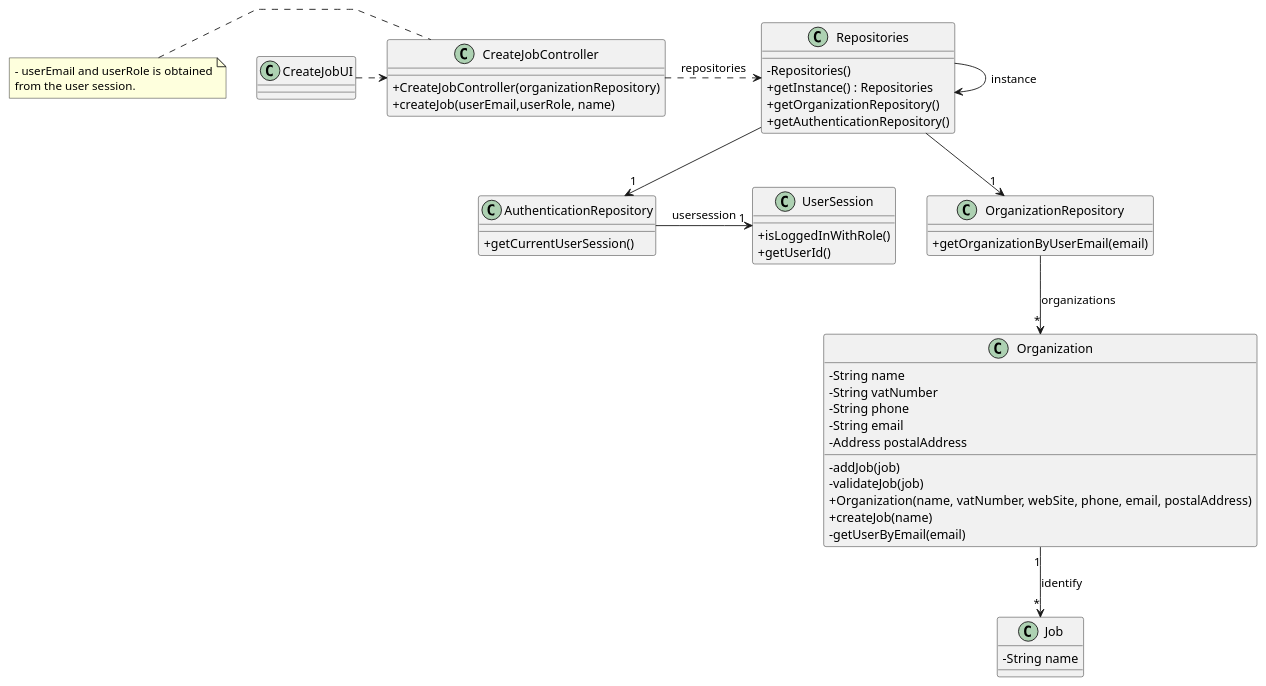
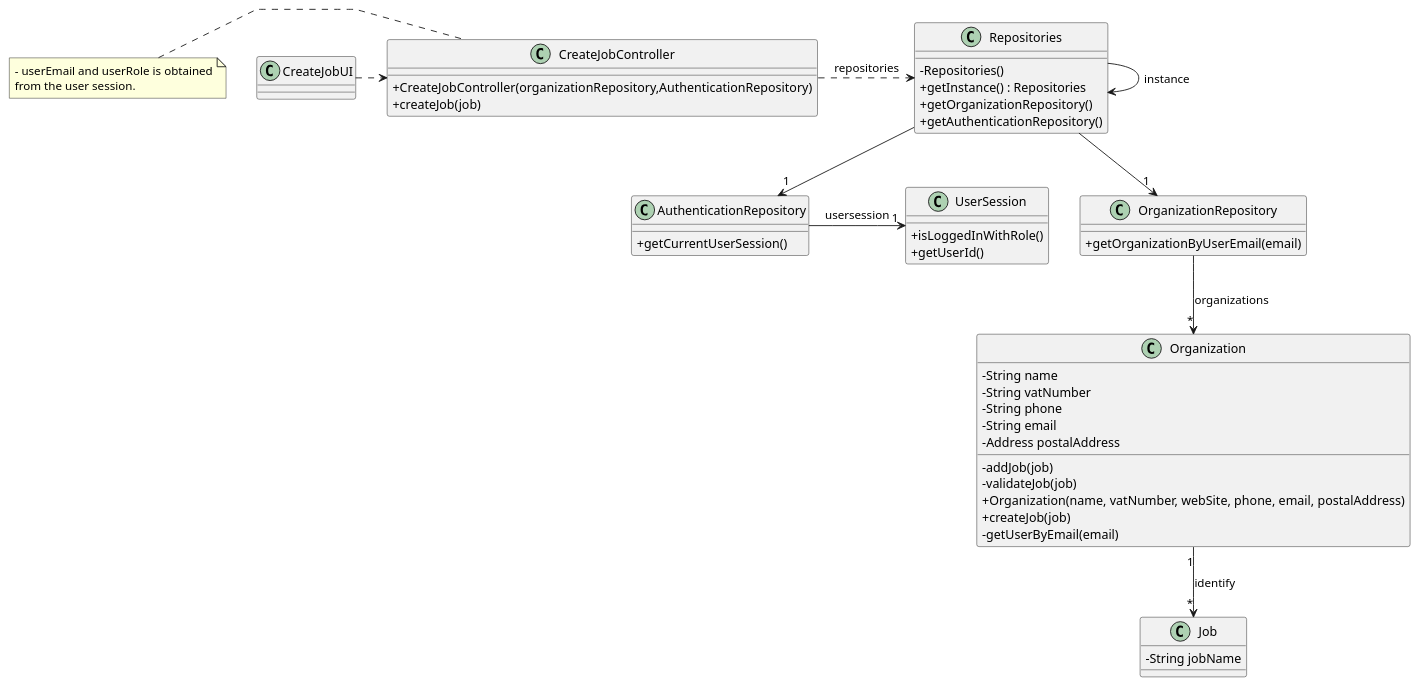
Before and after one commit to Mendoncaa/LAPR2: the diagram in docs/sprintB/us002/03.design/puml/us002-class-diagram.puml, drawn with PlantUML. The commit also changed 34 other files, not shown here.

```diff
--- a/docs/sprintB/us002/03.design/puml/us002-class-diagram.puml
+++ b/docs/sprintB/us002/03.design/puml/us002-class-diagram.puml
@@ -1,83 +1,83 @@
 @startuml
 'skinparam monochrome true
 skinparam packageStyle rectangle
 skinparam shadowing false
 skinparam linetype polyline
 'skinparam linetype orto
 
 skinparam classAttributeIconSize 0
 
 'left to right direction
 
 class AuthenticationRepository
 {
     + getCurrentUserSession()
 }
 
 class UserSession
 {
     + isLoggedInWithRole()
     + getUserId()
 }
 
 
 
 class Job {
-    - String name
+    - String jobName
 }
 
 
 
 class Organization {
     - String name
     - String vatNumber
     - String phone
     - String email
     - Address postalAddress
     - addJob(job)
     - validateJob(job)
     + Organization(name, vatNumber, webSite, phone, email, postalAddress)
-    + createJob(name)
+    + createJob(job)
     - getUserByEmail(email)
 
 }
 
 
 class OrganizationRepository {
     + getOrganizationByUserEmail(email)
 }
 
 class Repositories {
     - Repositories()
     + getInstance() : Repositories
     + getOrganizationRepository()
     + getAuthenticationRepository()
 }
 
 class CreateJobController {
-    + CreateJobController(organizationRepository)
-    + createJob(userEmail,userRole, name)
+    + CreateJobController(organizationRepository,AuthenticationRepository)
+    + createJob(job)
 
 }
 
 note left of CreateJobController
     - userEmail and userRole is obtained
     from the user session.
 end note
 
 
 class CreateJobUI {
 }
 
 Repositories -> Repositories : instance
 CreateJobUI .> CreateJobController
 CreateJobController .> Repositories : repositories
 Repositories --> "1" OrganizationRepository
 OrganizationRepository --> "*" Organization : organizations
 AuthenticationRepository -> "1" UserSession : usersession
 Repositories --> "1" AuthenticationRepository
 Organization "1" --> "*" Job : identify
 
 
 
 @enduml
```
